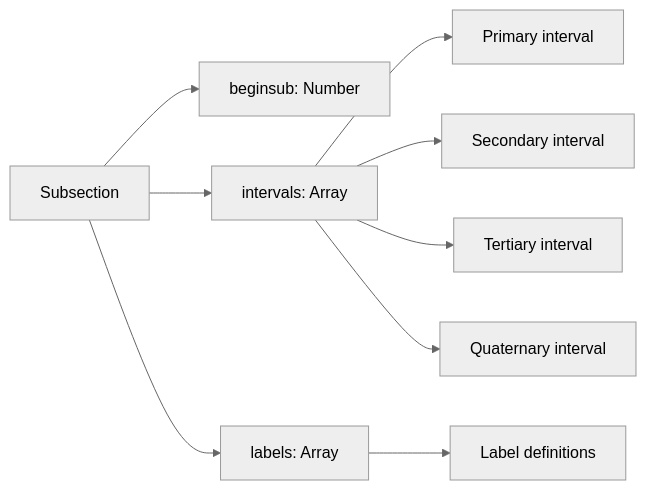
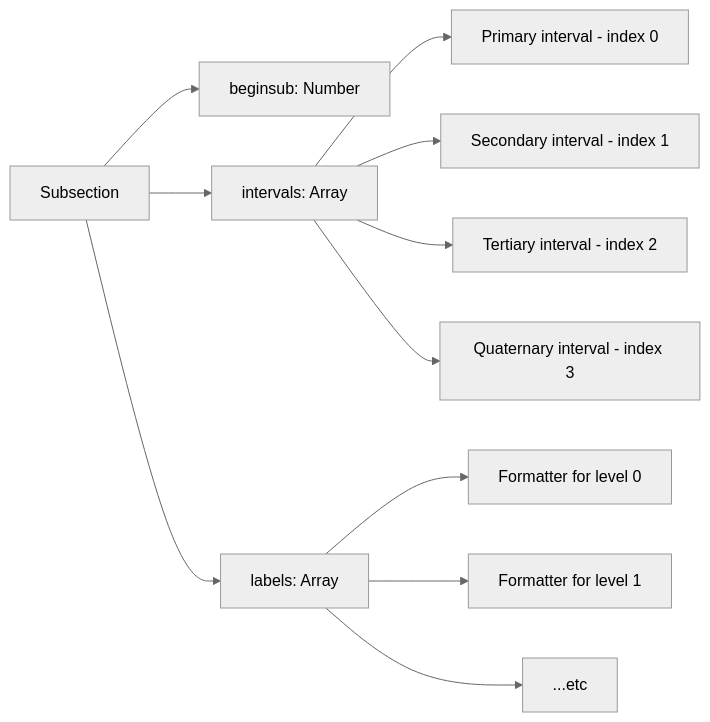
One commit to adamhill/TheElectricSlideV3 changed the second of 10 diagrams in reference/postscript-rule-engine-explainer.md. Above: the diagram before and after it, drawn with Mermaid (neutral theme). The commit also changed other lines of this file and 2 other files, not shown here.

First line of the commit message:
feat(scales): implement per-level label formatters for C/D/CI scales

````diff
--- a/reference/postscript-rule-engine-explainer.md
+++ b/reference/postscript-rule-engine-explainer.md
@@ -64,13 +64,15 @@
 ```mermaid
 graph LR
     A[Subsection] --> B[beginsub: Number]
     A --> C[intervals: Array]
     A --> D[labels: Array]
     
-    C --> C1[Primary interval]
-    C --> C2[Secondary interval]
-    C --> C3[Tertiary interval]
-    C --> C4[Quaternary interval]
+    C --> C1[Primary interval - index 0]
+    C --> C2[Secondary interval - index 1]
+    C --> C3[Tertiary interval - index 2]
+    C --> C4[Quaternary interval - index 3]
     
-    D --> D1[Label definitions]
+    D --> D1[Formatter for level 0]
+    D --> D2[Formatter for level 1]
+    D --> D3[...etc]
 ```
````
